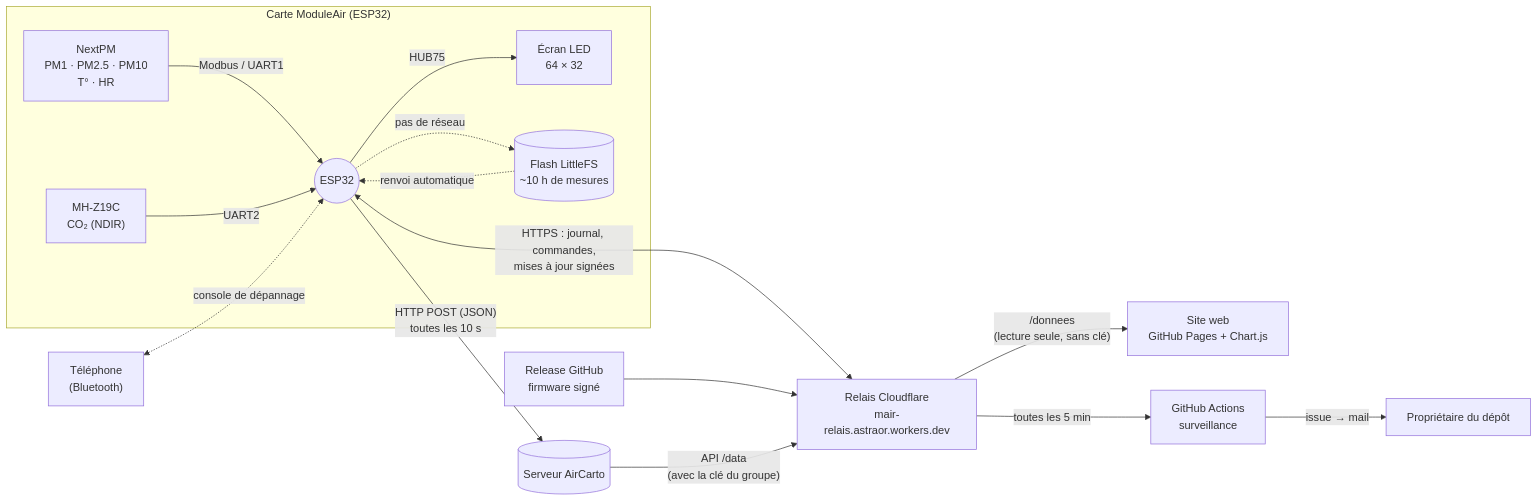
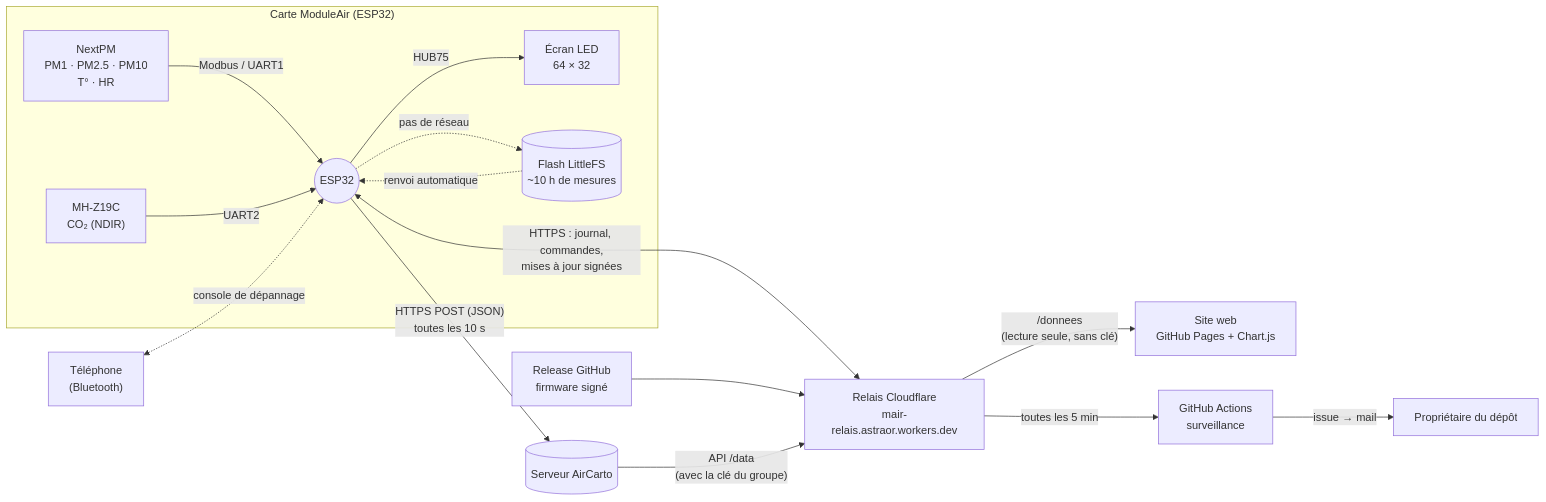
The diagram in README.md (Astraor/0Capteur_Interne_Qualite_Air), drawn with Mermaid before and after one commit. The commit also changed other lines of this file and 11 other files, not shown here.

````diff
--- a/README.md
+++ b/README.md
@@ -27,18 +27,18 @@
 ```mermaid
 flowchart LR
     subgraph Carte["Carte ModuleAir (ESP32)"]
         PM["NextPM<br/>PM1 · PM2.5 · PM10<br/>T° · HR"] -- Modbus / UART1 --> ESP((ESP32))
         CO2["MH-Z19C<br/>CO₂ (NDIR)"] -- UART2 --> ESP
         ESP -- HUB75 --> LED["Écran LED<br/>64 × 32"]
         ESP -. pas de réseau .-> FS[("Flash LittleFS<br/>~10 h de mesures")]
         FS -. renvoi automatique .-> ESP
     end
     TEL["Téléphone<br/>(Bluetooth)"] <-. "console de dépannage" .-> ESP
     ESP <-- "HTTPS : journal, commandes,<br/>mises à jour signées" --> RELAIS["Relais Cloudflare<br/>+ page console"]
     GH["Release GitHub<br/>firmware signé"] --> RELAIS
-    ESP -- "HTTP POST (JSON)<br/>toutes les 10 s" --> API[("Serveur AirCarto")]
+    ESP -- "HTTPS POST (JSON)<br/>toutes les 10 s" --> API[("Serveur AirCarto")]
     API -- "API /data<br/>(avec la clé du groupe)" --> RELAIS["Relais Cloudflare<br/>mair-relais.astraor.workers.dev"]
     RELAIS -- "/donnees<br/>(lecture seule, sans clé)" --> SITE["Site web<br/>GitHub Pages + Chart.js"]
     RELAIS -- "toutes les 5 min" --> GHA["GitHub Actions<br/>surveillance"]
     GHA -- "issue → mail" --> MAIL["Propriétaire du dépôt"]
 ```
````
